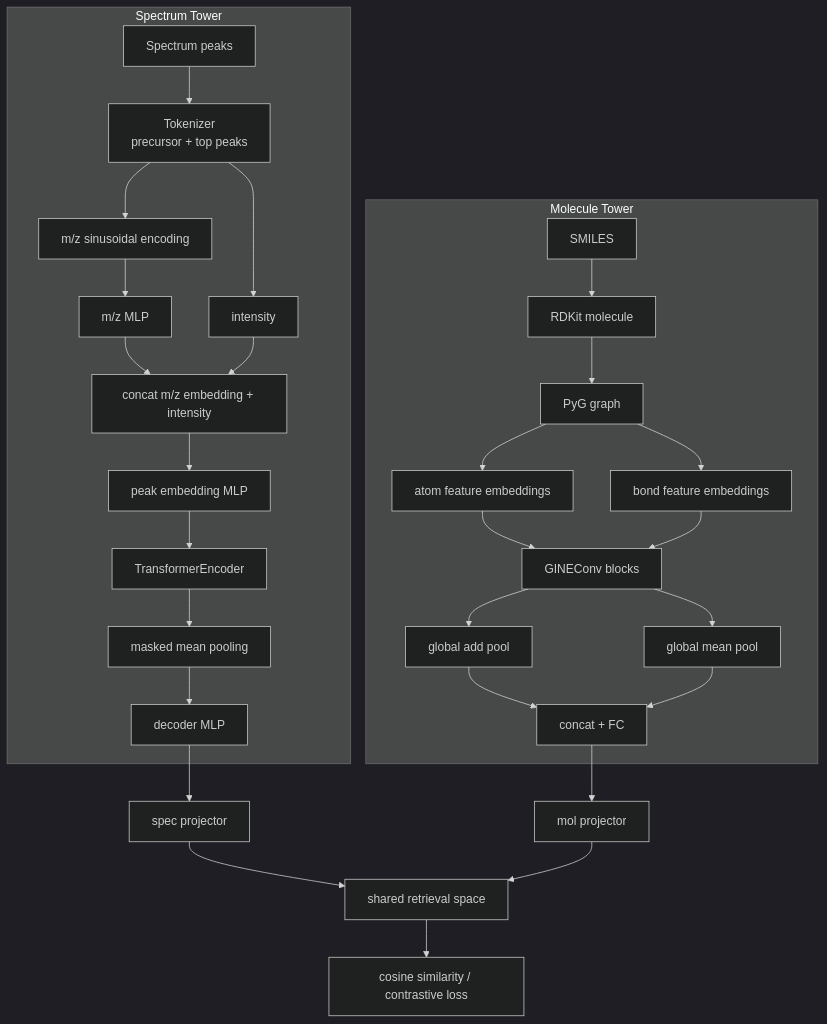
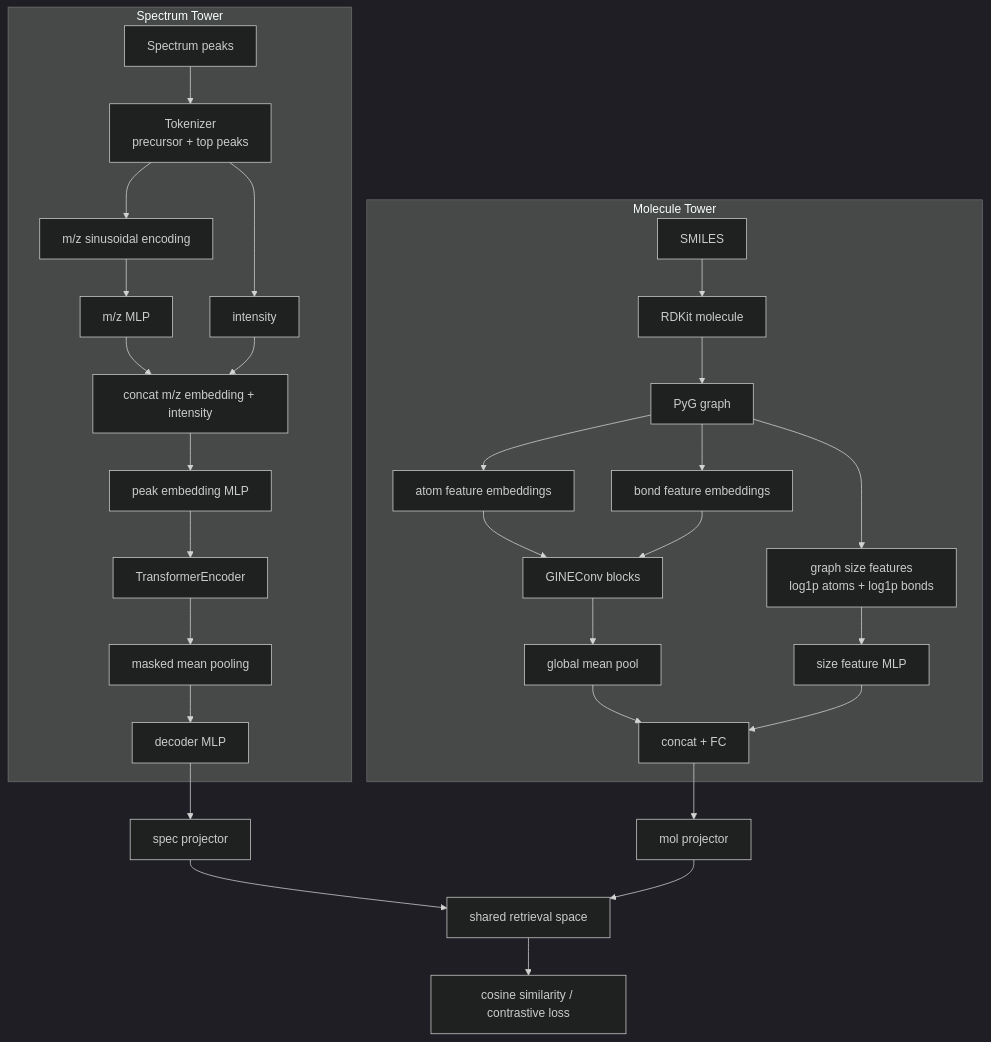
One commit to zzyyyl/SpecEmbedding changed the diagram in model_architecture.md. Above: the diagram before and after it, drawn with Mermaid (dark theme). The commit also changed other lines of this file and 5 other files, not shown here.

````diff
--- a/model_architecture.md
+++ b/model_architecture.md
@@ -28,34 +28,35 @@
 ```mermaid
 flowchart TD
     subgraph "Spectrum Tower"
         A["Spectrum peaks"] --> B["Tokenizer\nprecursor + top peaks"]
         B --> C["m/z sinusoidal encoding"]
         C --> D["m/z MLP"]
         B --> E["intensity"]
         D --> F["concat m/z embedding + intensity"]
         E --> F
         F --> G["peak embedding MLP"]
         G --> H["TransformerEncoder"]
         H --> I["masked mean pooling"]
         I --> J["decoder MLP"]
     end
 
     subgraph "Molecule Tower"
         K["SMILES"] --> L["RDKit molecule"]
         L --> M["PyG graph"]
         M --> N["atom feature embeddings"]
         M --> O["bond feature embeddings"]
         N --> P["GINEConv blocks"]
         O --> P
-        P --> Q["global add pool"]
-        P --> R["global mean pool"]
-        Q --> S["concat + FC"]
-        R --> S
+        P --> Q["global mean pool"]
+        M --> R["graph size features\nlog1p atoms + log1p bonds"]
+        R --> S["size feature MLP"]
+        Q --> T2["concat + FC"]
+        S --> T2
     end
 
     J --> T["spec projector"]
-    S --> U["mol projector"]
+    T2 --> U["mol projector"]
     T --> V["shared retrieval space"]
     U --> V
     V --> W["cosine similarity / contrastive loss"]
 ```
````
